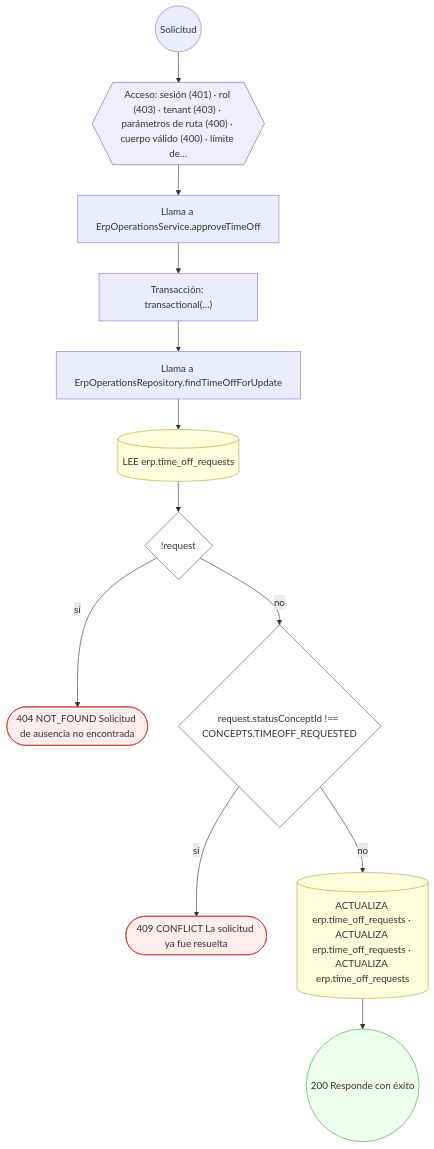
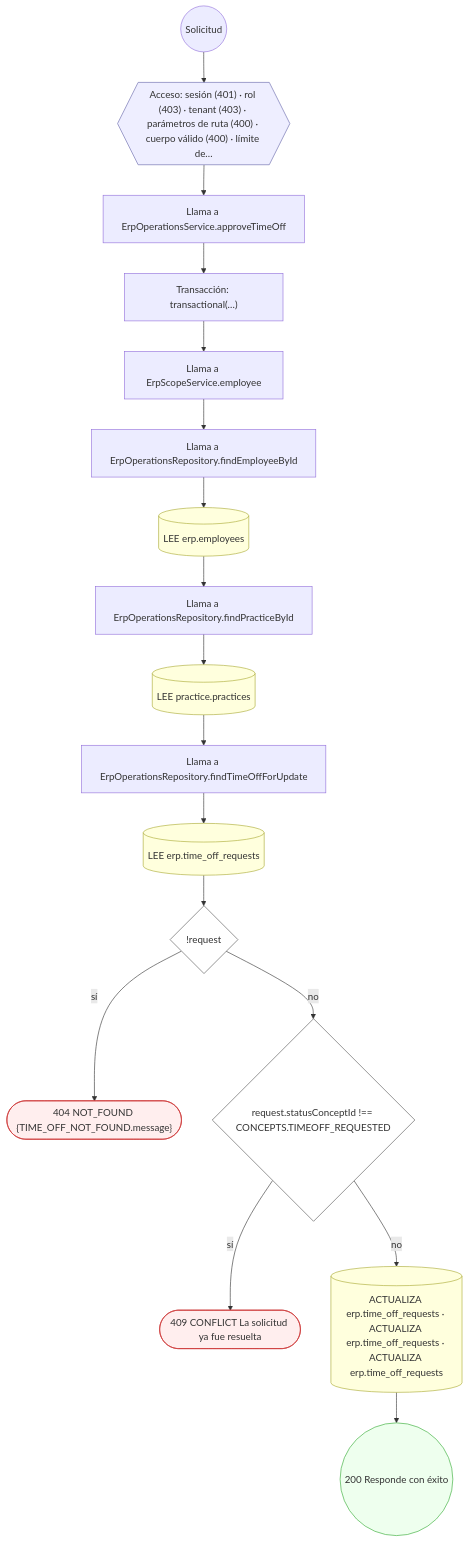
One commit to mdavila-2001/mantra-core-health-api changed diagram 12 of 16 in docs/inventario/flujos/erp.md. Above: the diagram before and after it, drawn with Mermaid. The commit also changed other lines of this file and 438 other files, not shown here.

````diff
--- a/docs/inventario/flujos/erp.md
+++ b/docs/inventario/flujos/erp.md
@@ -778,32 +808,42 @@
 ```mermaid
 flowchart TD
   n1(("Solicitud")):::inicio
   n2{{"Acceso: sesión (401) · rol (403) · tenant (403) · parámetros de ruta (400) · cuerpo válido (400) · límite de…"}}:::acceso
   n1 --> n2
   n3["Llama a ErpOperationsService.approveTimeOff"]:::llamada
   n2 --> n3
   n4["Transacción: transactional(…)"]:::transaccion
   n3 --> n4
-  n5["Llama a ErpOperationsRepository.findTimeOffForUpdate"]:::llamada
+  n5["Llama a ErpScopeService.employee"]:::llamada
   n4 --> n5
-  n6[("LEE erp.time_off_requests")]:::efecto
+  n6["Llama a ErpOperationsRepository.findEmployeeById"]:::llamada
   n5 --> n6
-  n7{"!request"}:::decision
+  n7[("LEE erp.employees")]:::efecto
   n6 --> n7
-  n8(["404 NOT_FOUND Solicitud de ausencia no encontrada"]):::error
-  n7 -->|"sí"| n8
-  n9{"request.statusConceptId !== CONCEPTS.TIMEOFF_REQUESTED"}:::decision
-  n7 -->|"no"| n9
-  n10(["409 CONFLICT La solicitud ya fue resuelta"]):::error
-  n9 -->|"sí"| n10
-  n11[("ACTUALIZA erp.time_off_requests · ACTUALIZA erp.time_off_requests · ACTUALIZA erp.time_off_requests")]:::efecto
-  n9 -->|"no"| n11
-  n12(("200 Responde con éxito")):::ok
+  n8["Llama a ErpOperationsRepository.findPracticeById"]:::llamada
+  n7 --> n8
+  n9[("LEE practice.practices")]:::efecto
+  n8 --> n9
+  n10["Llama a ErpOperationsRepository.findTimeOffForUpdate"]:::llamada
+  n9 --> n10
+  n11[("LEE erp.time_off_requests")]:::efecto
+  n10 --> n11
+  n12{"!request"}:::decision
   n11 --> n12
+  n13(["404 NOT_FOUND {TIME_OFF_NOT_FOUND.message}"]):::error
+  n12 -->|"sí"| n13
+  n14{"request.statusConceptId !== CONCEPTS.TIMEOFF_REQUESTED"}:::decision
+  n12 -->|"no"| n14
+  n15(["409 CONFLICT La solicitud ya fue resuelta"]):::error
+  n14 -->|"sí"| n15
+  n16[("ACTUALIZA erp.time_off_requests · ACTUALIZA erp.time_off_requests · ACTUALIZA erp.time_off_requests")]:::efecto
+  n14 -->|"no"| n16
+  n17(("200 Responde con éxito")):::ok
+  n16 --> n17
   classDef acceso fill:#eef,stroke:#66a
   classDef error fill:#fee,stroke:#c33
   classDef ok fill:#efe,stroke:#3a3
   classDef efecto fill:#ffd,stroke:#aa3
   classDef decision fill:#fff,stroke:#555
   classDef corte fill:#eee,stroke:#999,stroke-dasharray: 4
 ```
````
